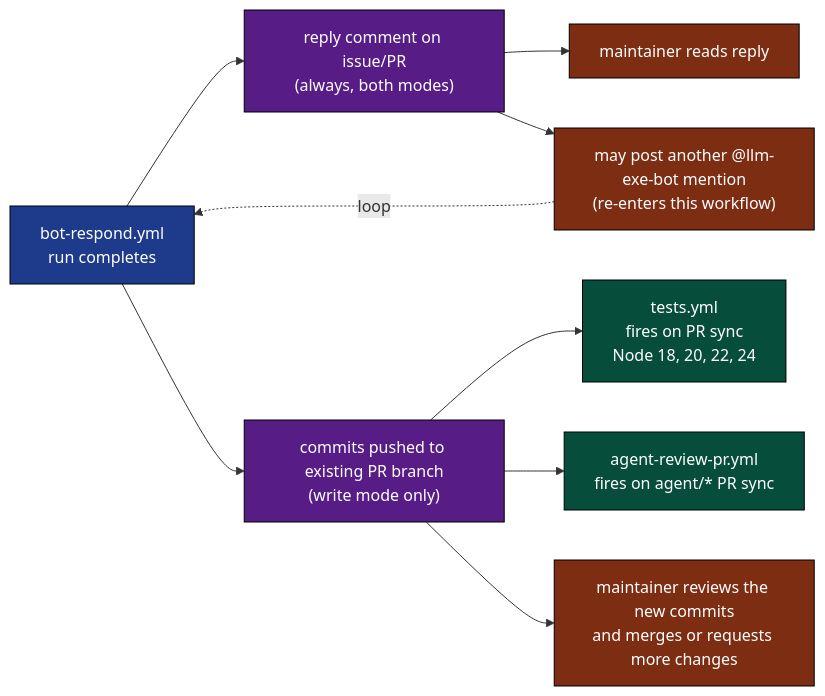
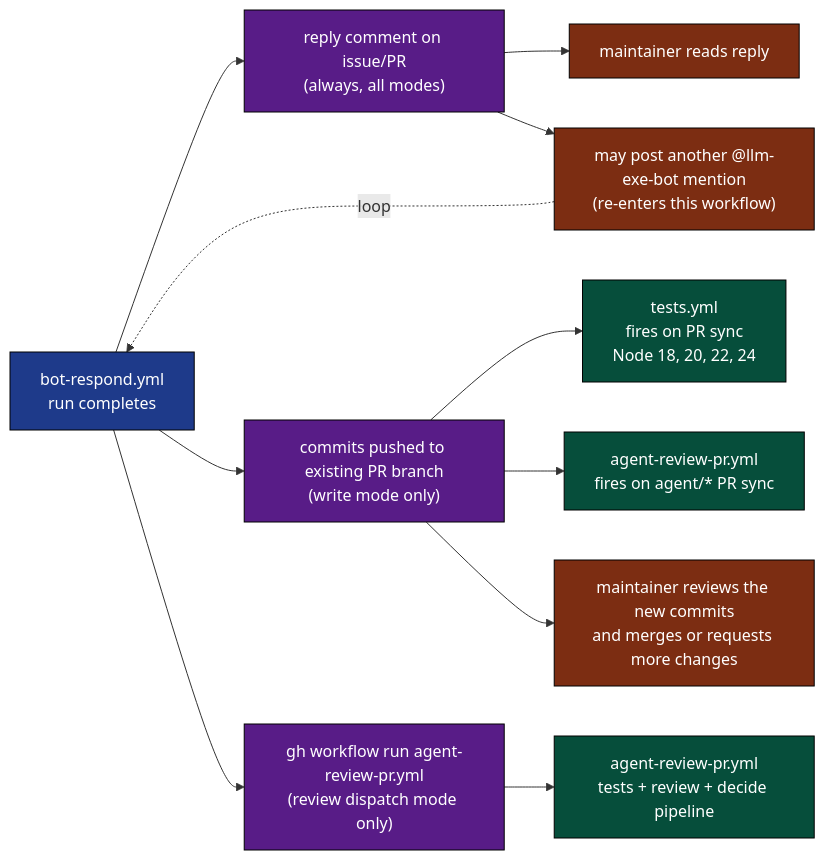
Before and after one commit to gregreindel/llm-exe: the tenth of 13 diagrams in .github/docs/BOT_RESPOND_DEEP_DIVE.md, drawn with Mermaid. The commit also changed other lines of this file and 4 other files, not shown here.

First line of the commit message:
docs: sync deep dives after agent-review-pr and bot-respond changes

````diff
--- a/.github/docs/BOT_RESPOND_DEEP_DIVE.md
+++ b/.github/docs/BOT_RESPOND_DEEP_DIVE.md
@@ -427,21 +444,24 @@
 ```mermaid
 flowchart LR
     classDef src fill:#1e3a8a,color:#fff,stroke:#000
     classDef out fill:#581c87,color:#fff,stroke:#000
     classDef cons fill:#064e3b,color:#fff,stroke:#000
     classDef human fill:#7c2d12,color:#fff,stroke:#000
 
     BR["bot-respond.yml\nrun completes"]:::src
 
-    BR --> O1["reply comment on issue/PR\n(always, both modes)"]:::out
+    BR --> O1["reply comment on issue/PR\n(always, all modes)"]:::out
     BR --> O2["commits pushed to existing PR branch\n(write mode only)"]:::out
+    BR --> O3["gh workflow run agent-review-pr.yml\n(review dispatch mode only)"]:::out
 
     O1 --> H1["maintainer reads reply"]:::human
     O1 --> H2["may post another @llm-exe-bot mention\n(re-enters this workflow)"]:::human
 
     O2 --> C1["tests.yml\nfires on PR sync\nNode 18, 20, 22, 24"]:::cons
     O2 --> C2["agent-review-pr.yml\nfires on agent/* PR sync"]:::cons
     O2 --> H3["maintainer reviews the new commits\nand merges or requests more changes"]:::human
 
+    O3 --> C3["agent-review-pr.yml\ntests + review + decide pipeline"]:::cons
+
     H2 -.loop.-> BR
 ```
````
